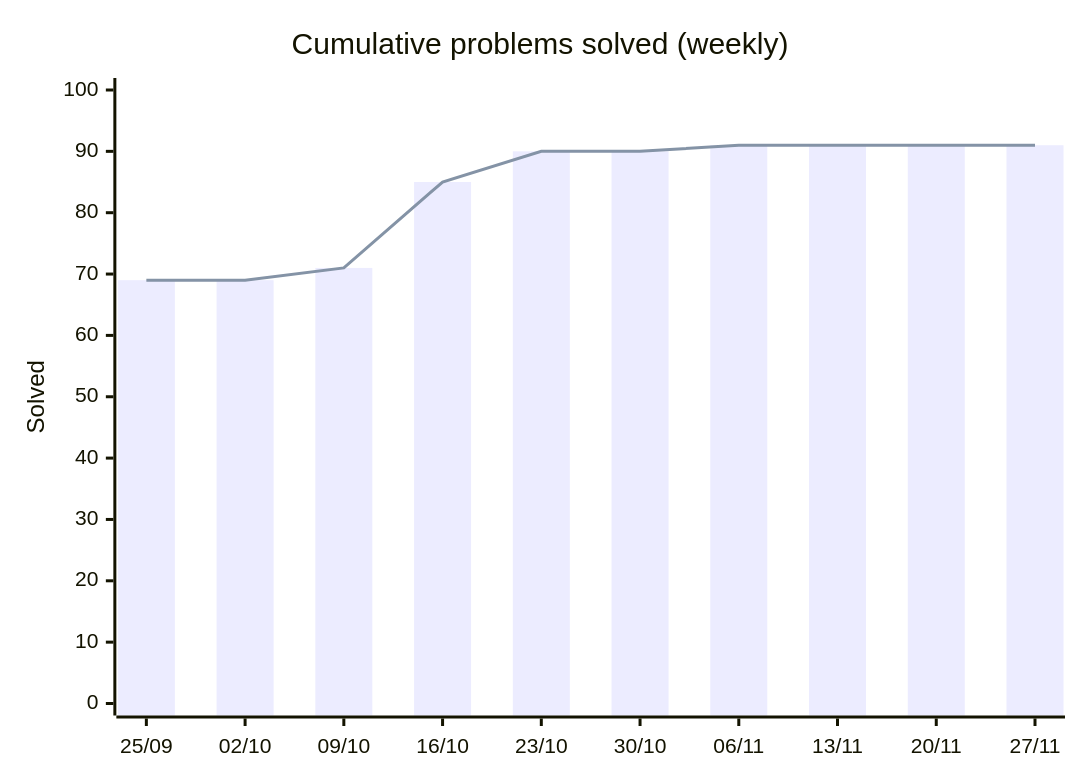
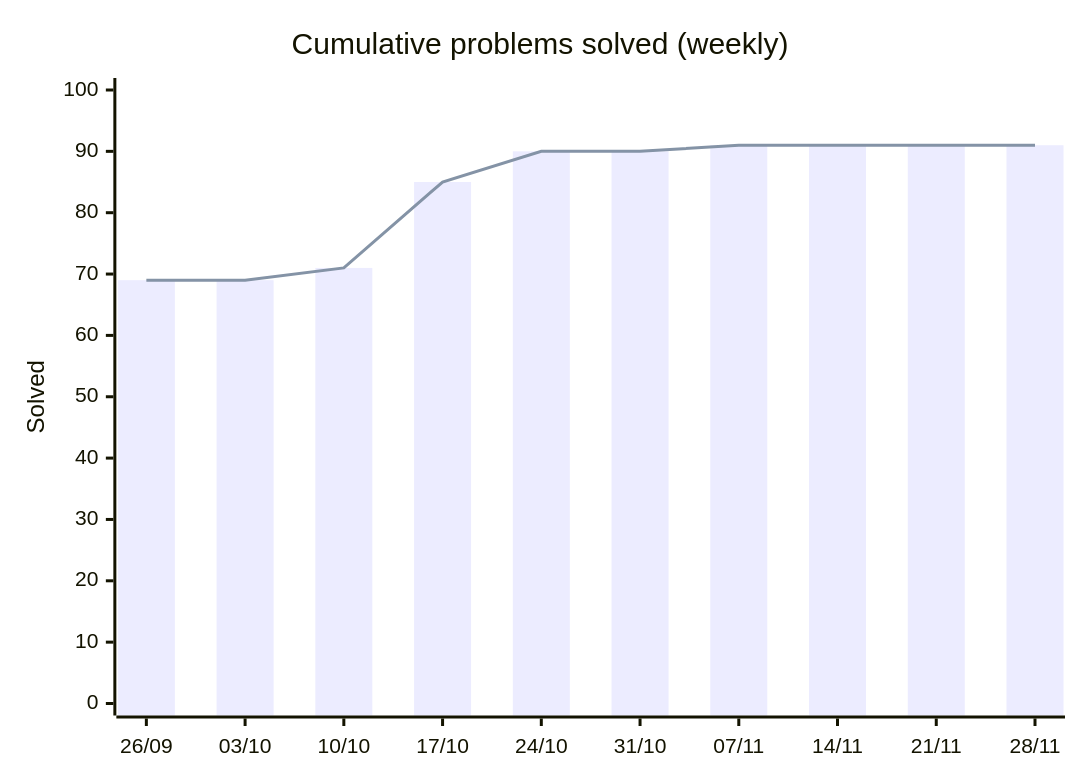
Before and after one commit to HarryTrn/TensorTonic-Solutions: the first of 2 diagrams in README.md, drawn with Mermaid. The commit also changed other lines of this file, not shown here.

Commit message:
docs: auto-update README [skip ci]

````diff
--- a/README.md
+++ b/README.md
@@ -65,8 +65,8 @@
 ```mermaid
 xychart-beta
     title "Cumulative problems solved (weekly)"
-    x-axis ["25/09", "02/10", "09/10", "16/10", "23/10", "30/10", "06/11", "13/11", "20/11", "27/11"]
+    x-axis ["26/09", "03/10", "10/10", "17/10", "24/10", "31/10", "07/11", "14/11", "21/11", "28/11"]
     y-axis "Solved" 0 --> 100
     bar [69, 69, 71, 85, 90, 90, 91, 91, 91, 91]
     line [69, 69, 71, 85, 90, 90, 91, 91, 91, 91]
 ```
````
